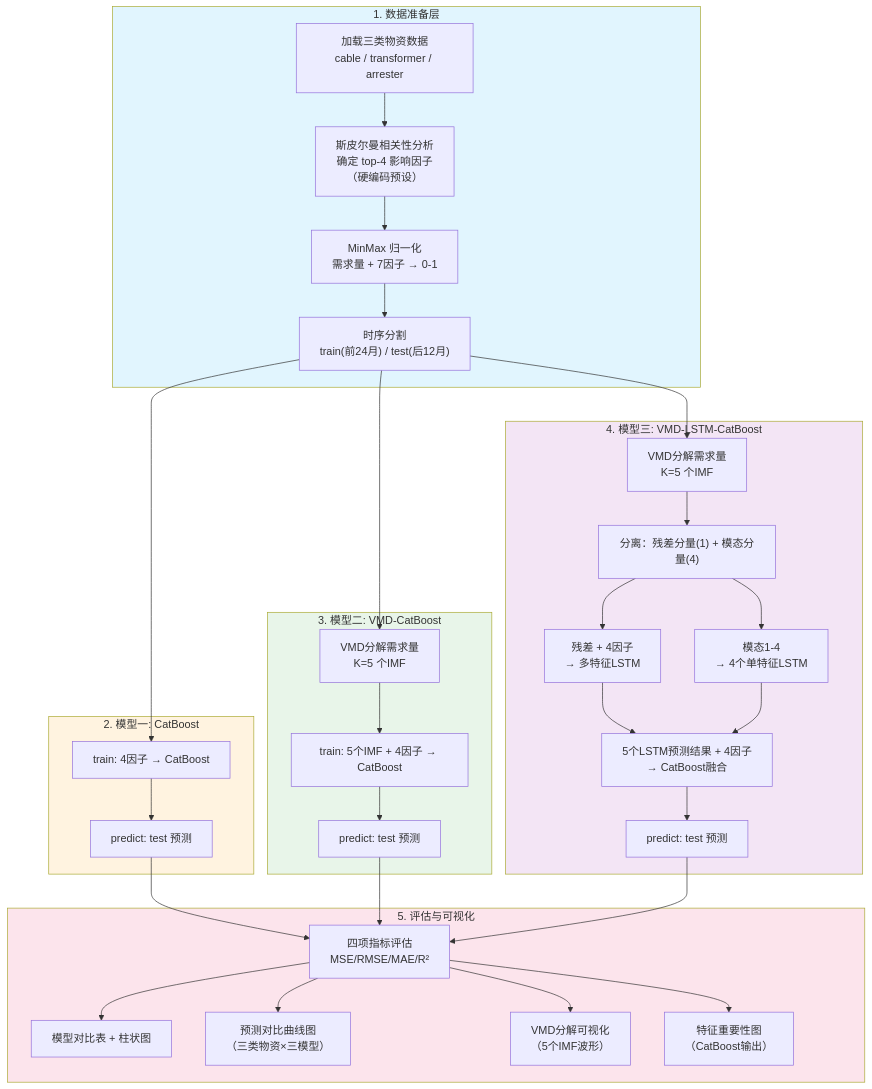
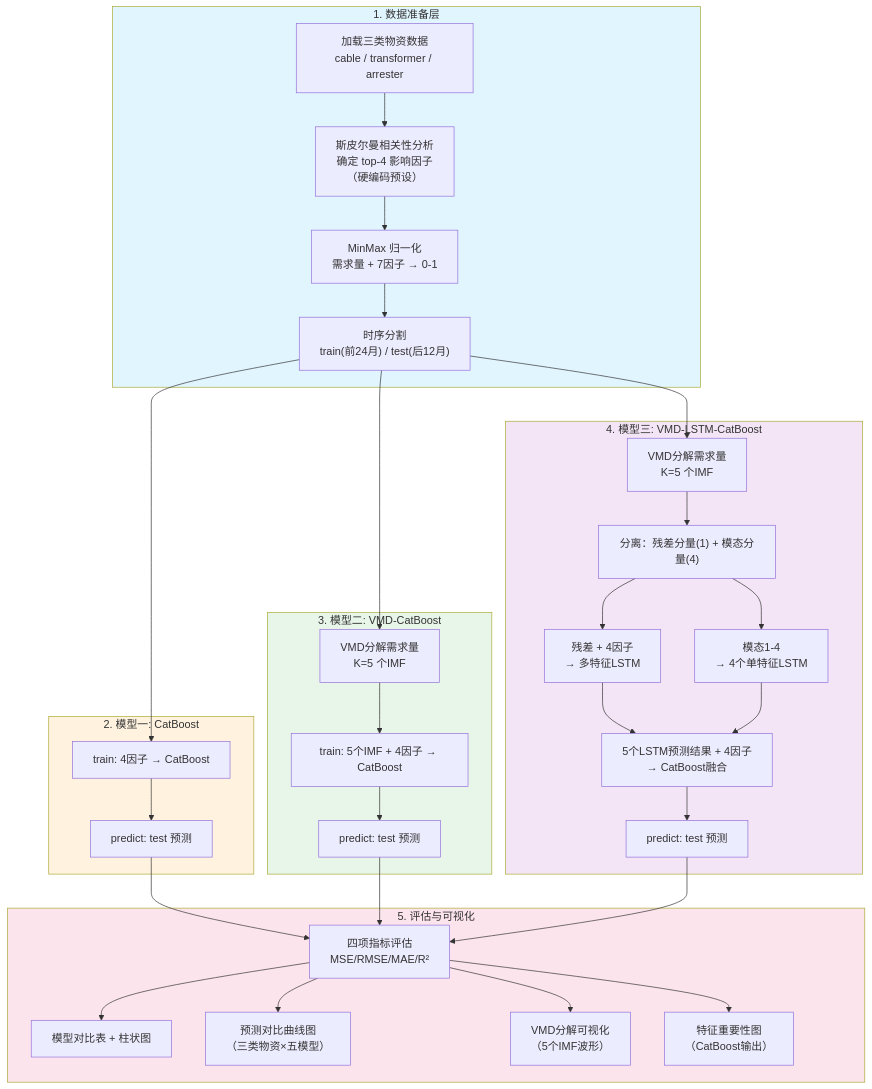
The first of 3 diagrams in TECHNICAL_DESIGN.md (lilacseeking/vmd-catboost), drawn with Mermaid before and after one commit. The commit also changed other lines of this file and 1 other file, not shown here.

````diff
--- a/TECHNICAL_DESIGN.md
+++ b/TECHNICAL_DESIGN.md
@@ -91,45 +93,45 @@
 ```mermaid
 flowchart TB
     subgraph 数据层["1. 数据准备层"]
         A1["加载三类物资数据<br/>cable / transformer / arrester"] --> A2["斯皮尔曼相关性分析<br/>确定 top-4 影响因子<br/>（硬编码预设）"]
         A2 --> A3["MinMax 归一化<br/>需求量 + 7因子 → 0-1"]
         A3 --> A4["时序分割<br/>train(前24月) / test(后12月)"]
     end
 
     subgraph 模型一["2. 模型一: CatBoost"]
         A4 --> B1["train: 4因子 → CatBoost"]
         B1 --> B2["predict: test 预测"]
     end
 
     subgraph 模型二["3. 模型二: VMD-CatBoost"]
         A4 --> C1["VMD分解需求量<br/>K=5 个IMF"]
         C1 --> C2["train: 5个IMF + 4因子 → CatBoost"]
         C2 --> C3["predict: test 预测"]
     end
 
     subgraph 模型三["4. 模型三: VMD-LSTM-CatBoost"]
         A4 --> D1["VMD分解需求量<br/>K=5 个IMF"]
         D1 --> D2["分离：残差分量(1) + 模态分量(4)"]
         D2 --> D3["残差 + 4因子<br/>→ 多特征LSTM"]
         D2 --> D4["模态1-4<br/>→ 4个单特征LSTM"]
         D3 --> D5["5个LSTM预测结果 + 4因子<br/>→ CatBoost融合"]
         D4 --> D5
         D5 --> D6["predict: test 预测"]
     end
 
     subgraph 评估层["5. 评估与可视化"]
         B2 --> E1["四项指标评估<br/>MSE/RMSE/MAE/R²"]
         C3 --> E1
         D6 --> E1
         E1 --> E2["模型对比表 + 柱状图"]
-        E1 --> E3["预测对比曲线图<br/>（三类物资×三模型）"]
+        E1 --> E3["预测对比曲线图<br/>（三类物资×五模型）"]
         E1 --> E4["VMD分解可视化<br/>（5个IMF波形）"]
         E1 --> E5["特征重要性图<br/>（CatBoost输出）"]
     end
 
     style 数据层 fill:#e1f5fe
     style 模型一 fill:#fff3e0
     style 模型二 fill:#e8f5e9
     style 模型三 fill:#f3e5f5
     style 评估层 fill:#fce4ec
 ```
````
